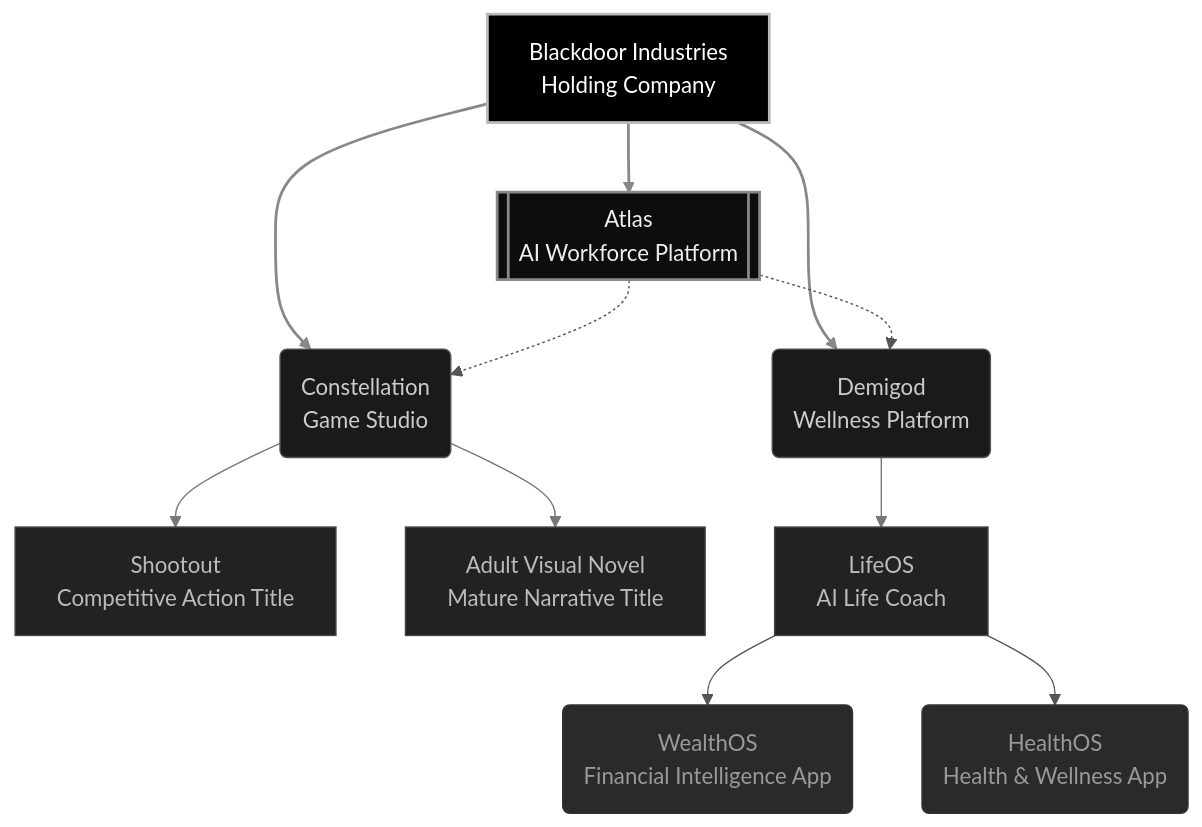
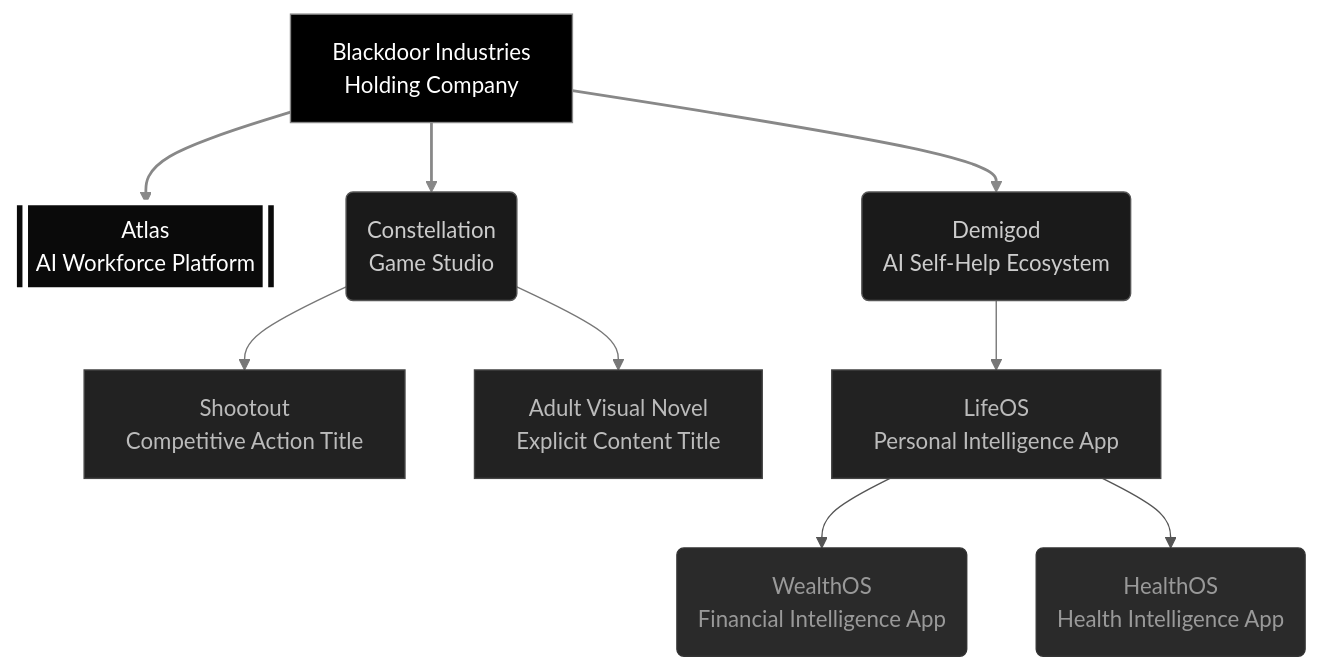
Before and after one commit to Blackdoor-Industries/.github: the first of 2 diagrams in profile/README.md, drawn with Mermaid. The commit also changed other lines of this file, not shown here.

Commit message:
docs: declutter diagram, make Atlas the focal point
- Remove Atlas dashed cross-arrows to CONST/DEMI (were causing visual cluster in mid-section)
- Atlas now has white border glow (stroke:#fff, 4px) — the one element that stops scrolling in a dark diagram
- VN subtitle changed from "Mature Narrative Title" to "Explicit Content Title"
- Demigod relabeled "AI Self-Help Ecosystem", LifeOS "Personal Intelligence App", HealthOS "Health Intelligence App"
- Simplified linkStyle groups to match cleaner 8-edge structure

````diff
--- a/profile/README.md
+++ b/profile/README.md
@@ -41,40 +41,37 @@
 ```mermaid
 graph TD
     BD["Blackdoor Industries<br/>Holding Company"]
     ATLAS[["Atlas<br/>AI Workforce Platform"]]
     CONST("Constellation<br/>Game Studio")
-    DEMI("Demigod<br/>Wellness Platform")
+    DEMI("Demigod<br/>AI Self-Help Ecosystem")
     SHOOT["Shootout<br/>Competitive Action Title"]
-    VN["Adult Visual Novel<br/>Mature Narrative Title"]
-    LIFE["LifeOS<br/>AI Life Coach"]
+    VN["Adult Visual Novel<br/>Explicit Content Title"]
+    LIFE["LifeOS<br/>Personal Intelligence App"]
     WEALTH("WealthOS<br/>Financial Intelligence App")
-    HEALTH("HealthOS<br/>Health & Wellness App")
+    HEALTH("HealthOS<br/>Health Intelligence App")
 
     BD --> ATLAS
     BD --> CONST
     BD --> DEMI
-    ATLAS -.-> CONST
-    ATLAS -.-> DEMI
     CONST --> SHOOT
     CONST --> VN
     DEMI --> LIFE
     LIFE --> WEALTH
     LIFE --> HEALTH
 
-    classDef holding fill:#000,stroke:#bbb,stroke-width:2px,color:#fff
-    classDef platform fill:#0d0d0d,stroke:#888,stroke-width:2px,color:#eee
+    classDef holding fill:#000,stroke:#888,stroke-width:1px,color:#fff
+    classDef platform fill:#0a0a0a,stroke:#fff,stroke-width:4px,color:#fff
     classDef subsidiary fill:#1a1a1a,stroke:#555,color:#ccc
     classDef product fill:#222,stroke:#444,color:#bbb
     classDef module fill:#2a2a2a,stroke:#333,color:#999
 
     class BD holding
     class ATLAS platform
     class CONST,DEMI subsidiary
     class SHOOT,VN,LIFE product
     class WEALTH,HEALTH module
 
     linkStyle 0,1,2 stroke:#888,stroke-width:2px
-    linkStyle 3,4 stroke:#555,stroke-width:1px
-    linkStyle 5,6,7 stroke:#777,stroke-width:1px
-    linkStyle 8,9 stroke:#555,stroke-width:1px
+    linkStyle 3,4,5 stroke:#777,stroke-width:1px
+    linkStyle 6,7 stroke:#555,stroke-width:1px
 ```
````
